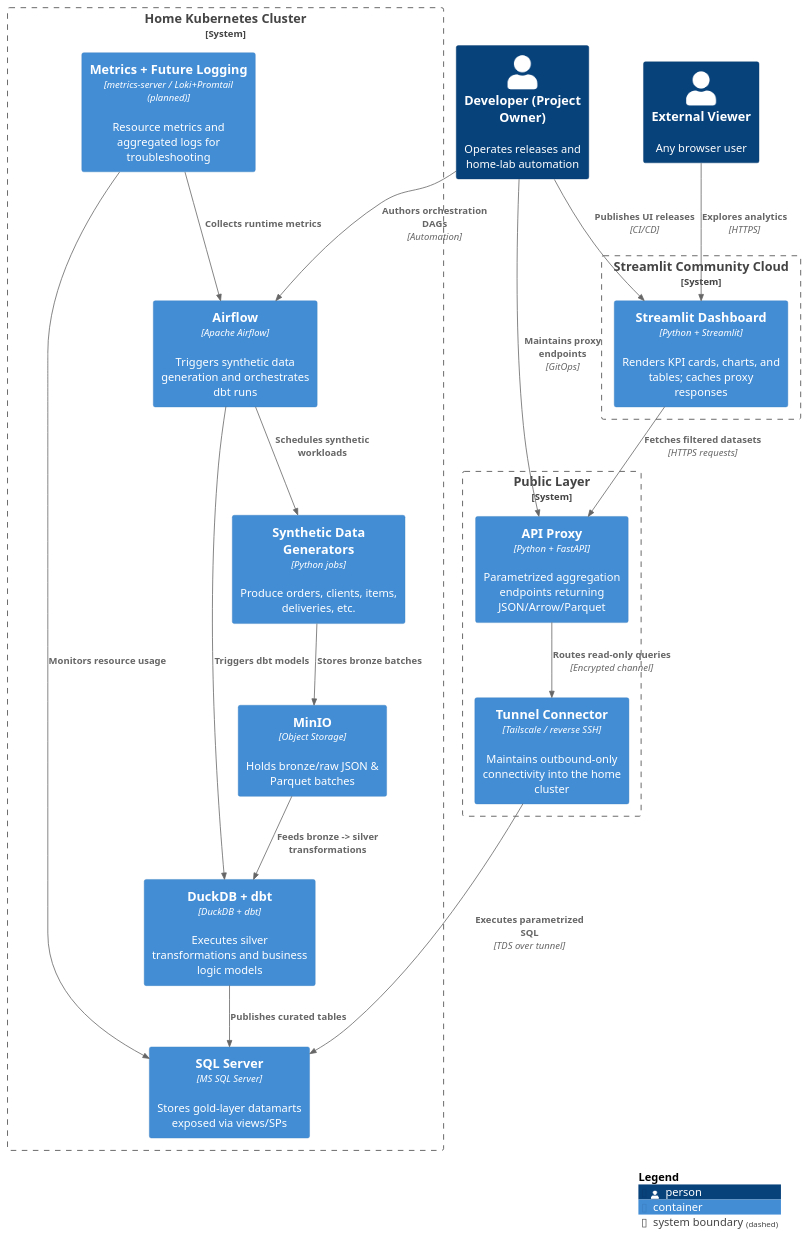
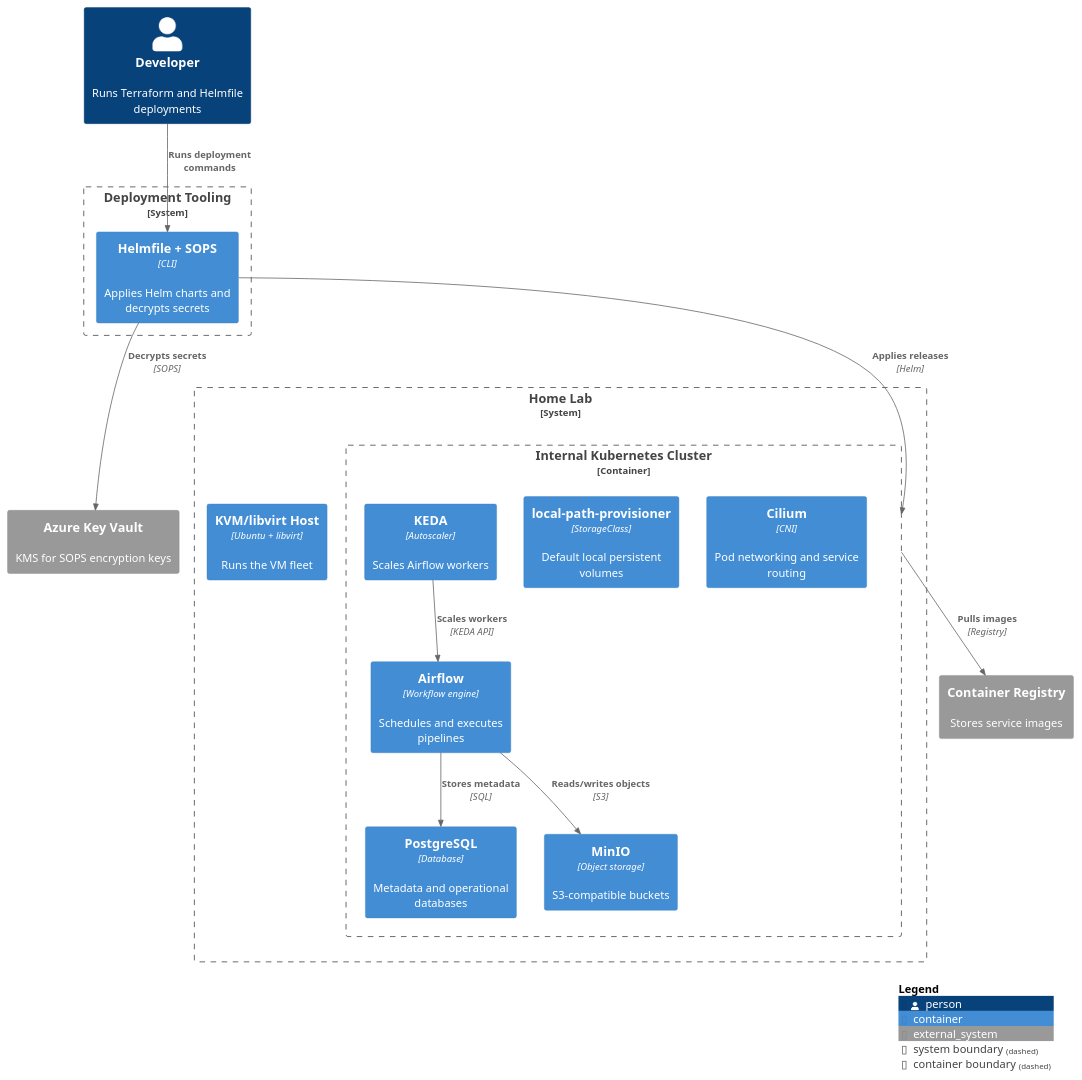
One commit to AntonMiniazev/bohr_project changed the diagram in docs/diagrams/containers.puml. Above: the diagram before and after it, drawn with PlantUML. The commit also changed 111 other files, not shown here.

```diff
--- a/docs/diagrams/containers.puml
+++ b/docs/diagrams/containers.puml
@@ -1,43 +1,37 @@
 @startuml Containers
 !includeurl https://raw.githubusercontent.com/plantuml-stdlib/C4-PlantUML/master/C4_Container.puml
 LAYOUT_WITH_LEGEND()
 HIDE_STEREOTYPE()
 
-Person(user, "External Viewer", "Any browser user")
-Person(dev, "Developer (Project Owner)", "Operates releases and home-lab automation")
+Person(dev, "Developer", "Runs Terraform and Helmfile deployments")
 
-System_Boundary(cloud, "Streamlit Community Cloud") {
-    Container(streamlitApp, "Streamlit Dashboard", "Python + Streamlit", "Renders KPI cards, charts, and tables; caches proxy responses")
+System_Ext(keyvault, "Azure Key Vault", "KMS for SOPS encryption keys")
+System_Ext(ghcr, "Container Registry", "Stores service images")
+
+System_Boundary(tooling, "Deployment Tooling") {
+    Container(helmfile, "Helmfile + SOPS", "CLI", "Applies Helm charts and decrypts secrets")
 }
 
-System_Boundary(public, "Public Layer") {
-    Container(apiProxy, "API Proxy", "Python + FastAPI", "Parametrized aggregation endpoints returning JSON/Arrow/Parquet")
-    Container(tunnelSvc, "Tunnel Connector", "Tailscale / reverse SSH", "Maintains outbound-only connectivity into the home cluster")
+System_Boundary(home, "Home Lab") {
+    Container(kvmhost, "KVM/libvirt Host", "Ubuntu + libvirt", "Runs the VM fleet")
+
+    Container_Boundary(cluster, "Internal Kubernetes Cluster") {
+        Container(cilium, "Cilium", "CNI", "Pod networking and service routing")
+        Container(localpath, "local-path-provisioner", "StorageClass", "Default local persistent volumes")
+        Container(postgres, "PostgreSQL", "Database", "Metadata and operational databases")
+        Container(minio, "MinIO", "Object storage", "S3-compatible buckets")
+        Container(airflow, "Airflow", "Workflow engine", "Schedules and executes pipelines")
+        Container(keda, "KEDA", "Autoscaler", "Scales Airflow workers")
+    }
 }
 
-System_Boundary(cluster, "Home Kubernetes Cluster") {
-    Container(airflow, "Airflow", "Apache Airflow", "Triggers synthetic data generation and orchestrates dbt runs")
-    Container(dataGen, "Synthetic Data Generators", "Python jobs", "Produce orders, clients, items, deliveries, etc.")
-    Container(minio, "MinIO", "Object Storage", "Holds bronze/raw JSON & Parquet batches")
-    Container(duckdb, "DuckDB + dbt", "DuckDB + dbt", "Executes silver transformations and business logic models")
-    Container(sqlserver, "SQL Server", "MS SQL Server", "Stores gold-layer datamarts exposed via views/SPs")
-    Container(metrics, "Metrics + Future Logging", "metrics-server / Loki+Promtail (planned)", "Resource metrics and aggregated logs for troubleshooting")
-}
-
-Rel(user, streamlitApp, "Explores analytics", "HTTPS")
-Rel(dev, streamlitApp, "Publishes UI releases", "CI/CD")
-Rel(streamlitApp, apiProxy, "Fetches filtered datasets", "HTTPS requests")
-Rel(dev, apiProxy, "Maintains proxy endpoints", "GitOps")
-Rel(apiProxy, tunnelSvc, "Routes read-only queries", "Encrypted channel")
-Rel(tunnelSvc, sqlserver, "Executes parametrized SQL", "TDS over tunnel")
-Rel(dev, airflow, "Authors orchestration DAGs", "Automation")
-Rel(dataGen, minio, "Stores bronze batches")
-Rel(airflow, dataGen, "Schedules synthetic workloads")
-Rel(airflow, duckdb, "Triggers dbt models")
-Rel(duckdb, sqlserver, "Publishes curated tables")
-Rel(minio, duckdb, "Feeds bronze -> silver transformations")
-Rel(metrics, airflow, "Collects runtime metrics")
-Rel(metrics, sqlserver, "Monitors resource usage")
+Rel(dev, helmfile, "Runs deployment commands")
+Rel(helmfile, cluster, "Applies releases", "Helm")
+Rel(helmfile, keyvault, "Decrypts secrets", "SOPS")
+Rel(cluster, ghcr, "Pulls images", "Registry")
+Rel(airflow, postgres, "Stores metadata", "SQL")
+Rel(airflow, minio, "Reads/writes objects", "S3")
+Rel(keda, airflow, "Scales workers", "KEDA API")
 
 SHOW_LEGEND()
 @enduml
```
